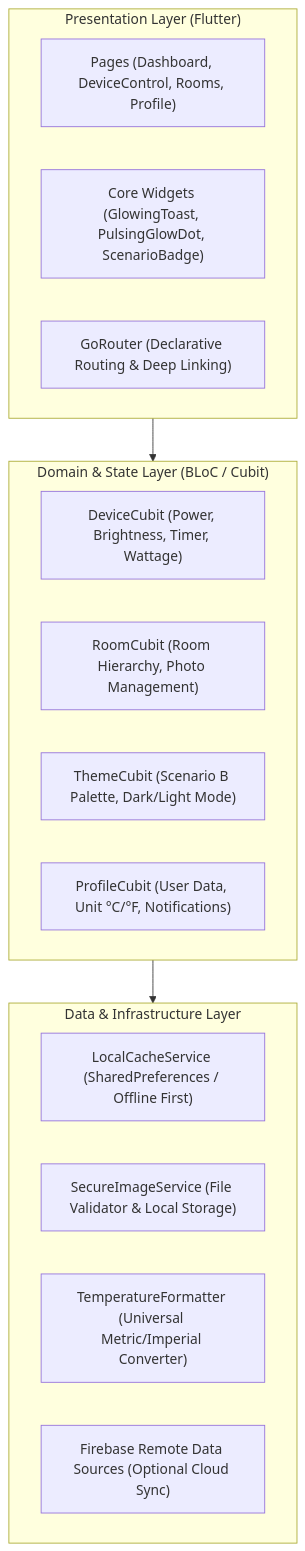
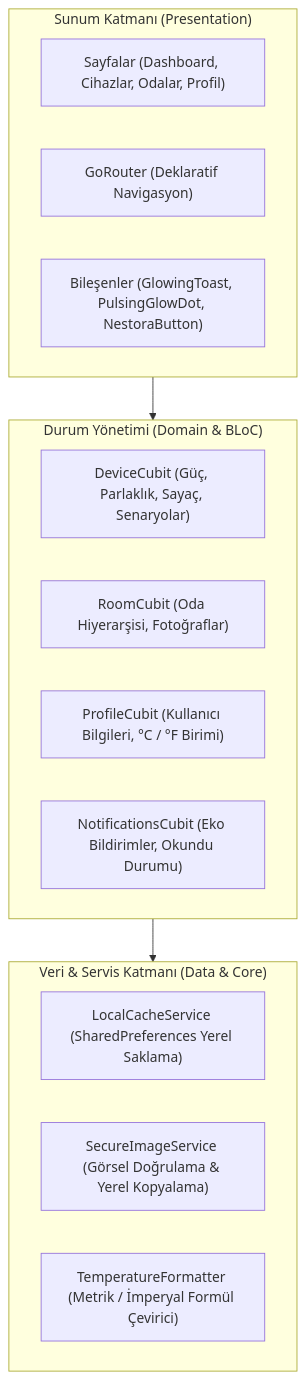
One commit to Aygen5/NESTORA changed the diagram in README.md. Above: the diagram before and after it, drawn with Mermaid. The commit also changed other lines of this file and 2 other files, not shown here.

````diff
--- a/README.md
+++ b/README.md
@@ -150,25 +103,24 @@
 ```mermaid
 graph TD
-    subgraph UI_Presentation ["Presentation Layer (Flutter)"]
-        Pages["Pages (Dashboard, DeviceControl, Rooms, Profile)"]
-        Widgets["Core Widgets (GlowingToast, PulsingGlowDot, ScenarioBadge)"]
-        Router["GoRouter (Declarative Routing & Deep Linking)"]
+    subgraph Presentation ["Sunum Katmanı (Presentation)"]
+        UI["Sayfalar (Dashboard, Cihazlar, Odalar, Profil)"]
+        Router["GoRouter (Deklaratif Navigasyon)"]
+        Components["Bileşenler (GlowingToast, PulsingGlowDot, NestoraButton)"]
     end
 
-    subgraph State_Domain ["Domain & State Layer (BLoC / Cubit)"]
-        DeviceCubit["DeviceCubit (Power, Brightness, Timer, Wattage)"]
-        RoomCubit["RoomCubit (Room Hierarchy, Photo Management)"]
-        ThemeCubit["ThemeCubit (Scenario B Palette, Dark/Light Mode)"]
-        ProfileCubit["ProfileCubit (User Data, Unit °C/°F, Notifications)"]
+    subgraph Domain_State ["Durum Yönetimi (Domain & BLoC)"]
+        DeviceCubit["DeviceCubit (Güç, Parlaklık, Sayaç, Senaryolar)"]
+        RoomCubit["RoomCubit (Oda Hiyerarşisi, Fotoğraflar)"]
+        ProfileCubit["ProfileCubit (Kullanıcı Bilgileri, °C / °F Birimi)"]
+        NotificationsCubit["NotificationsCubit (Eko Bildirimler, Okundu Durumu)"]
     end
 
-    subgraph Data_Core ["Data & Infrastructure Layer"]
-        LocalCache["LocalCacheService (SharedPreferences / Offline First)"]
-        SecureImg["SecureImageService (File Validator & Local Storage)"]
-        TempConv["TemperatureFormatter (Universal Metric/Imperial Converter)"]
-        FirebaseDS["Firebase Remote Data Sources (Optional Cloud Sync)"]
+    subgraph Data_Core ["Veri & Servis Katmanı (Data & Core)"]
+        LocalCache["LocalCacheService (SharedPreferences Yerel Saklama)"]
+        SecureImg["SecureImageService (Görsel Doğrulama & Yerel Kopyalama)"]
+        TempConv["TemperatureFormatter (Metrik / İmperyal Formül Çevirici)"]
     end
 
-    UI_Presentation --> State_Domain
-    State_Domain --> Data_Core
+    Presentation --> Domain_State
+    Domain_State --> Data_Core
 ```
````
